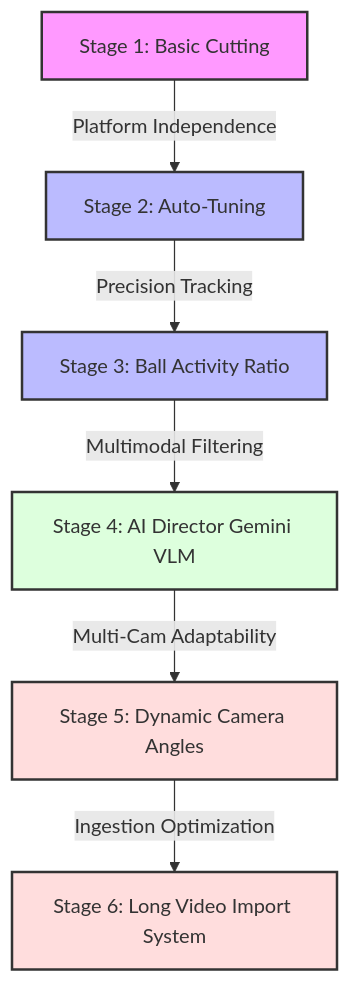
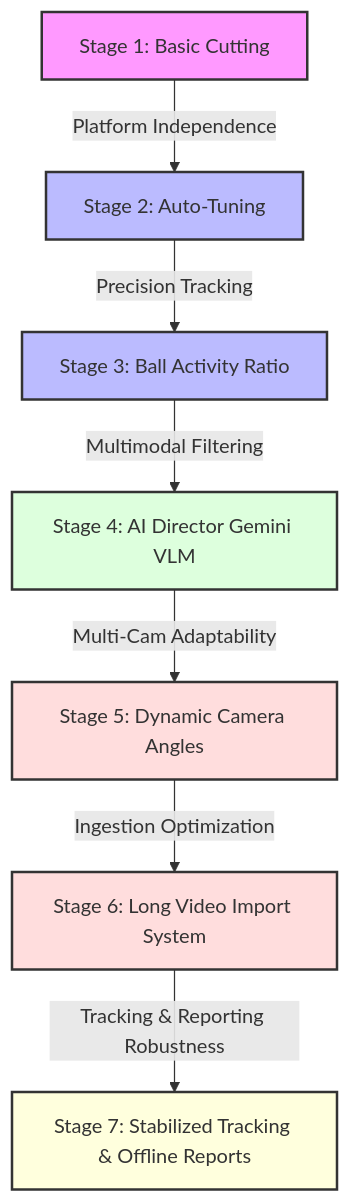
The diagram in docs/feature_roadmap.md (momonong/pingpong-auto-highlight), drawn with Mermaid before and after one commit. The commit also changed other lines of this file and 3 other files, not shown here.

Commit message:
feat: implement spatial tracking stabilization, horizontal/vertical ball hit estimator, and interactive offline HTML analytics dashboard

````diff
--- a/docs/feature_roadmap.md
+++ b/docs/feature_roadmap.md
@@ -9,17 +9,19 @@
 ```mermaid
 graph TD
     %% Features
     F1[Stage 1: Basic Cutting] -->|Platform Independence| F2[Stage 2: Auto-Tuning]
     F2 -->|Precision Tracking| F3[Stage 3: Ball Activity Ratio]
     F3 -->|Multimodal Filtering| F4[Stage 4: AI Director Gemini VLM]
     F4 -->|Multi-Cam Adaptability| F5[Stage 5: Dynamic Camera Angles]
     F5 -->|Ingestion Optimization| F6[Stage 6: Long Video Import System]
+    F6 -->|Tracking & Reporting Robustness| F7[Stage 7: Stabilized Tracking & Offline Reports]
     
     %% Details
     style F1 fill:#f9f,stroke:#333,stroke-width:2px
     style F2 fill:#bbf,stroke:#333,stroke-width:2px
     style F3 fill:#bbf,stroke:#333,stroke-width:2px
     style F4 fill:#dfd,stroke:#333,stroke-width:2px
     style F5 fill:#fdd,stroke:#333,stroke-width:2px
     style F6 fill:#fdd,stroke:#333,stroke-width:2px
+    style F7 fill:#ffd,stroke:#333,stroke-width:2px
 ```
````
